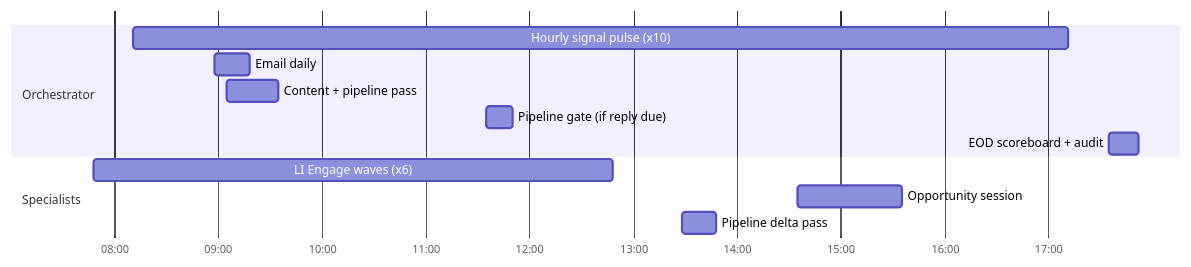
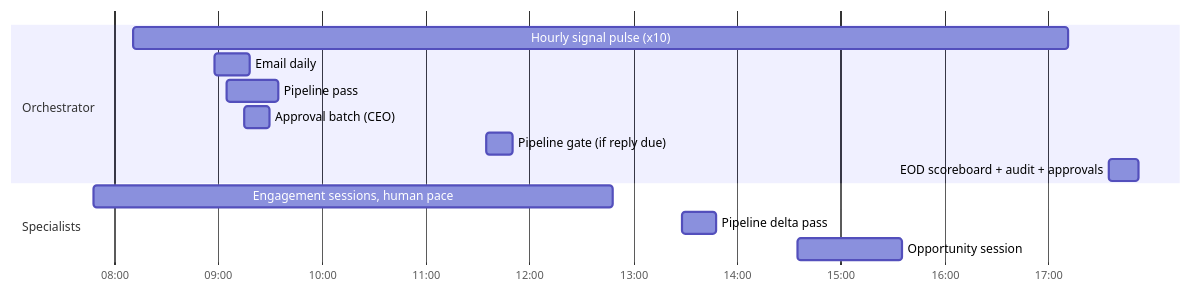
Before and after one commit to ldstrapasson/ai-ops-os: the first of 2 diagrams in docs/ARCHITECTURE.md, drawn with Mermaid. The commit also changed other lines of this file and 2 other files, not shown here.

Commit message:
Update architecture and metrics as of 16 Oct 2026

````diff
--- a/docs/ARCHITECTURE.md
+++ b/docs/ARCHITECTURE.md
@@ -16,15 +17,16 @@
 ```mermaid
 gantt
     dateFormat HH:mm
     axisFormat %H:%M
     section Orchestrator
-    Hourly signal pulse (x10)     :08:11, 9h
-    Email daily                   :08:58, 20m
-    Content + pipeline pass       :09:05, 30m
-    Pipeline gate (if reply due)  :11:35, 15m
-    EOD scoreboard + audit        :17:35, 17m
+    Hourly signal pulse (x10)          :08:11, 9h
+    Email daily                        :08:58, 20m
+    Pipeline pass                      :09:05, 30m
+    Approval batch (CEO)               :09:15, 15m
+    Pipeline gate (if reply due)       :11:35, 15m
+    EOD scoreboard + audit + approvals :17:35, 17m
     section Specialists
-    LI Engage waves (x6)          :07:48, 5h
-    Opportunity session           :14:35, 60m
-    Pipeline delta pass           :13:28, 20m
+    Engagement sessions, human pace    :07:48, 5h
+    Pipeline delta pass                :13:28, 20m
+    Opportunity session                :14:35, 60m
 ```
````
